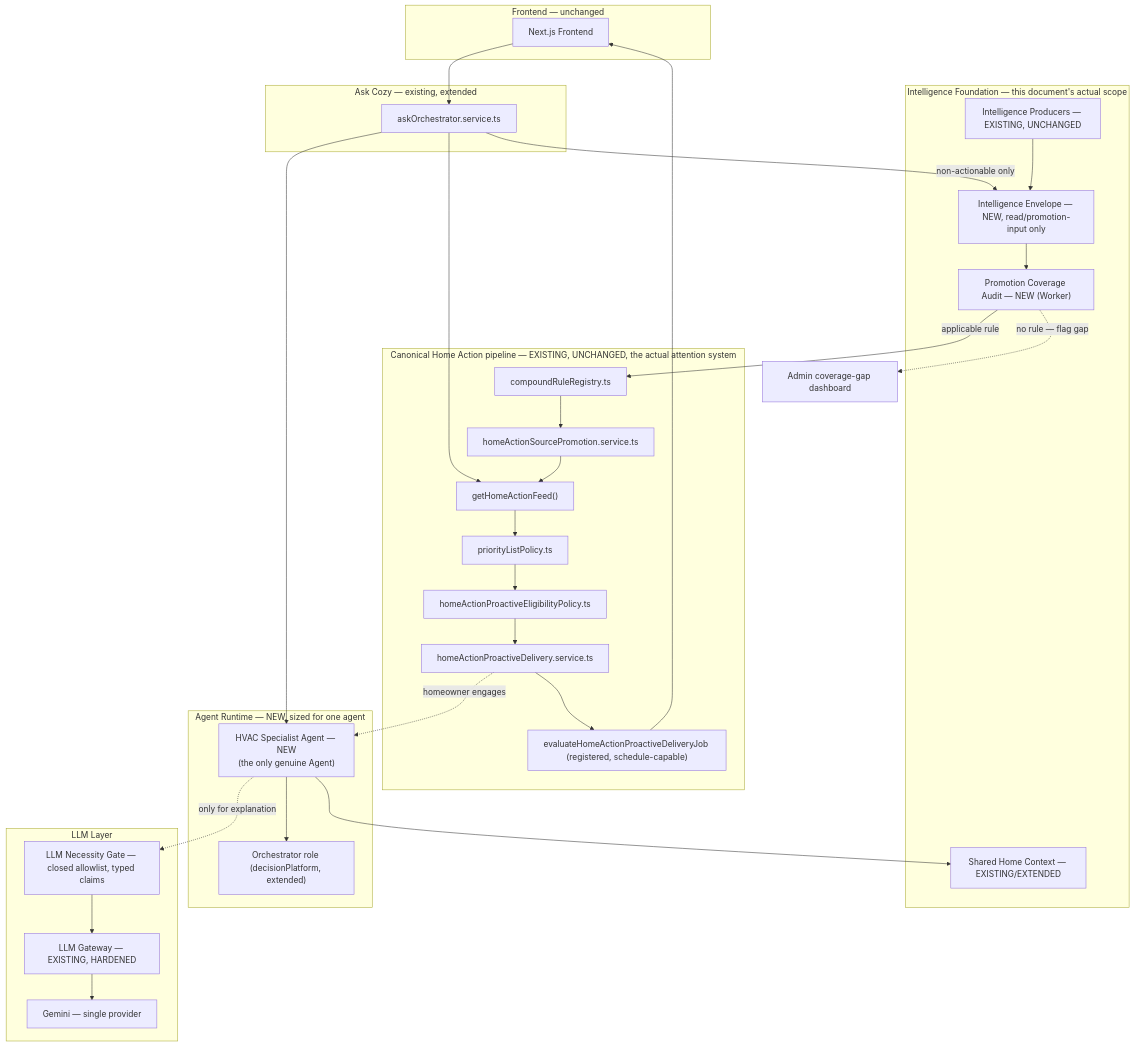
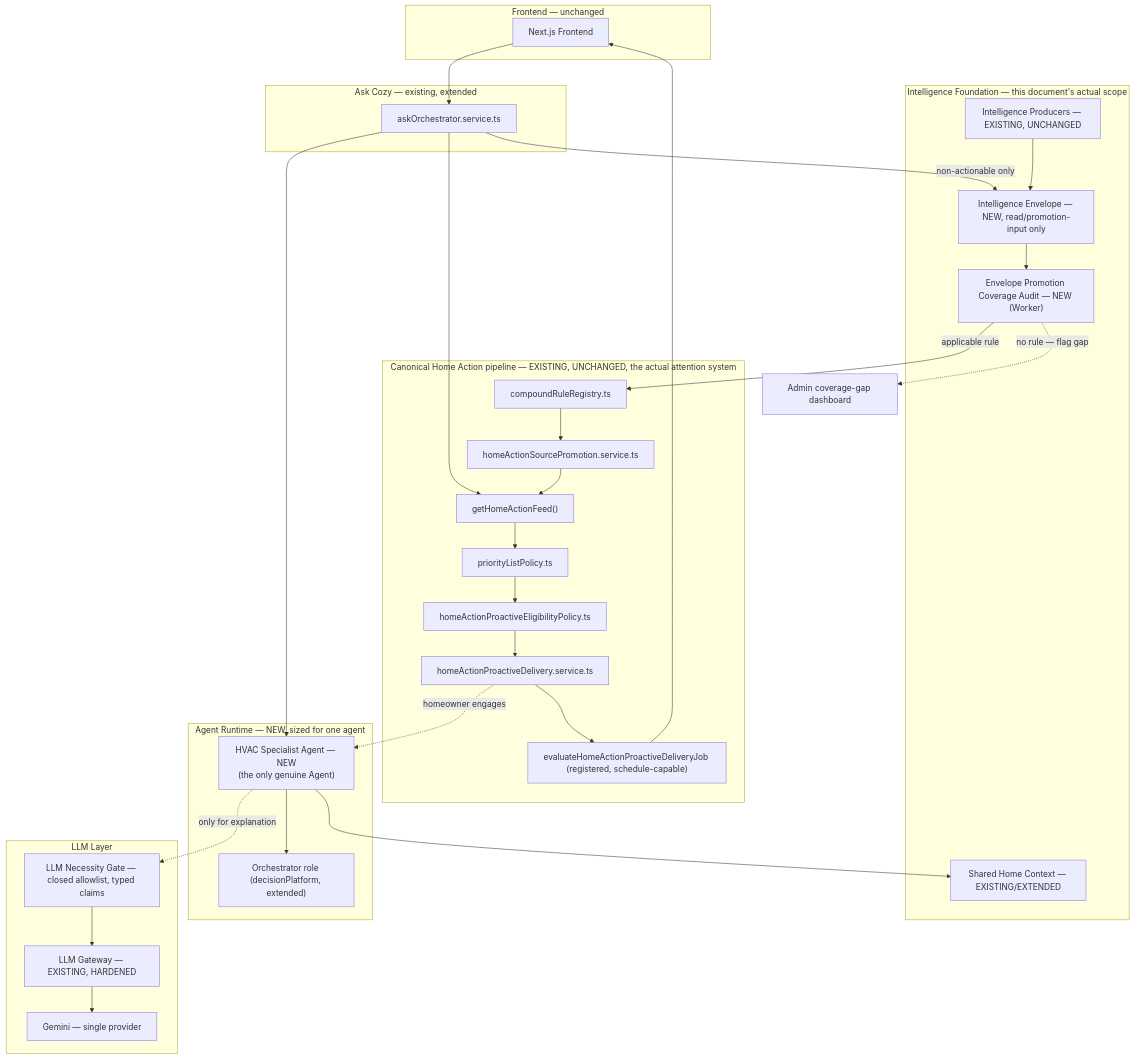
The fourth of 9 diagrams in docs/architecture/C2C_INTELLIGENCE_AGENTIC_EVOLUTION_ARCHITECTURE.md (madhuboyin/contract-to-cozy1), drawn with Mermaid before and after one commit. The commit also changed other lines of this file, not shown here.

Commit message:
docs: resolve agentic architecture decisions

````diff
--- a/docs/architecture/C2C_INTELLIGENCE_AGENTIC_EVOLUTION_ARCHITECTURE.md
+++ b/docs/architecture/C2C_INTELLIGENCE_AGENTIC_EVOLUTION_ARCHITECTURE.md
@@ -983,53 +1177,53 @@
 ```mermaid
 graph TB
   subgraph CLIENT["Frontend — unchanged"]
     FE["Next.js Frontend"]
   end
 
   subgraph ASK["Ask Cozy — existing, extended"]
     ASKR["askOrchestrator.service.ts"]
   end
 
   subgraph CANON["Canonical Home Action pipeline — EXISTING, UNCHANGED, the actual attention system"]
     RULES["compoundRuleRegistry.ts"]
     PROMO["homeActionSourcePromotion.service.ts"]
     FEED["getHomeActionFeed()"]
     PLP["priorityListPolicy.ts"]
     ELIG["homeActionProactiveEligibilityPolicy.ts"]
     DELIV["homeActionProactiveDelivery.service.ts"]
     CRON["evaluateHomeActionProactiveDeliveryJob (registered, schedule-capable)"]
   end
 
   subgraph FOUNDATION["Intelligence Foundation — this document's actual scope"]
     CTX["Shared Home Context — EXISTING/EXTENDED"]
     PROD["Intelligence Producers — EXISTING, UNCHANGED"]
     ENV["Intelligence Envelope — NEW, read/promotion-input only"]
-    COV["Promotion Coverage Audit — NEW (Worker)"]
+    COV["Envelope Promotion Coverage Audit — NEW (Worker)"]
   end
 
   subgraph AGENT["Agent Runtime — NEW, sized for one agent"]
     SPEC["HVAC Specialist Agent — NEW\n(the only genuine Agent)"]
     ORCH["Orchestrator role (decisionPlatform, extended)"]
   end
 
   subgraph LLMLAYER["LLM Layer"]
     NGATE["LLM Necessity Gate — closed allowlist, typed claims"]
     GATE["LLM Gateway — EXISTING, HARDENED"]
     GEM["Gemini — single provider"]
   end
 
   FE --> ASKR
   ASKR --> FEED
   ASKR --> SPEC
   ASKR -->|"non-actionable only"| ENV
 
   PROD --> ENV --> COV
   COV -->|"applicable rule"| RULES --> PROMO --> FEED
   COV -.->|"no rule — flag gap"| GAPBOARD["Admin coverage-gap dashboard"]
   FEED --> PLP --> ELIG --> DELIV --> CRON --> FE
 
   DELIV -.homeowner engages.-> SPEC
   SPEC --> CTX
   SPEC --> ORCH
   SPEC -.only for explanation.-> NGATE --> GATE --> GEM
 ```
````
